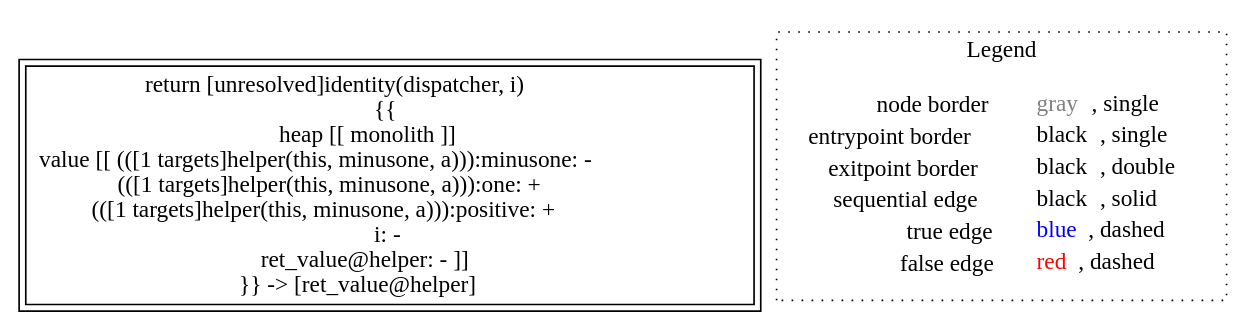
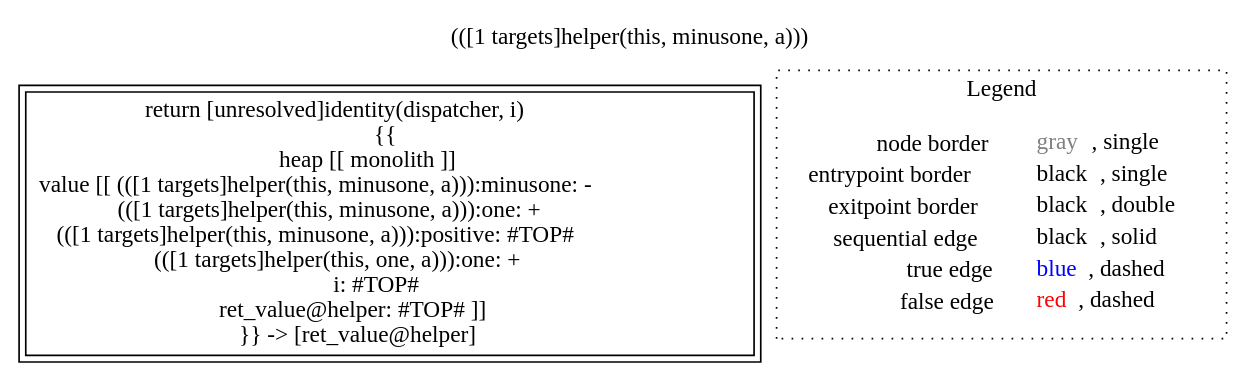
The diagram in lisa/imp-testcases/interprocedural/RTAContextSensitive3/analysis___-702925607_untyped_tests.helper(tests_this,_untyped_i,_untyped_dispatcher).dot (lisa-analyzer/lisa), drawn with Graphviz before and after one commit. The commit also changed 12 other files, not shown here.

```diff
--- a/lisa/imp-testcases/interprocedural/RTAContextSensitive3/analysis___-702925607_untyped_tests.helper(tests_this,_untyped_i,_untyped_dispatcher).dot
+++ b/lisa/imp-testcases/interprocedural/RTAContextSensitive3/analysis___-702925607_untyped_tests.helper(tests_this,_untyped_i,_untyped_dispatcher).dot
@@ -1,10 +1,12 @@
 digraph {
-	"node0" [shape="rect",color="black",peripheries="2",label=<return [unresolved]identity(dispatcher, i)<BR/>{{<BR/>heap [[ monolith ]]<BR/>value [[ (([1 targets]helper(this, minusone, a))):minusone: -<BR/>(([1 targets]helper(this, minusone, a))):one: +<BR/>(([1 targets]helper(this, minusone, a))):positive: +<BR/>i: -<BR/>ret_value@helper: - ]]<BR/>}} -&gt; [ret_value@helper]>];
+	labelloc="t";
+	label="(([1 targets]helper(this, minusone, a)))";
+	"node0" [shape="rect",color="black",peripheries="2",label=<return [unresolved]identity(dispatcher, i)<BR/>{{<BR/>heap [[ monolith ]]<BR/>value [[ (([1 targets]helper(this, minusone, a))):minusone: -<BR/>(([1 targets]helper(this, minusone, a))):one: +<BR/>(([1 targets]helper(this, minusone, a))):positive: #TOP#<BR/>(([1 targets]helper(this, one, a))):one: +<BR/>i: #TOP#<BR/>ret_value@helper: #TOP# ]]<BR/>}} -&gt; [ret_value@helper]>];
 subgraph cluster_legend {
 	label="Legend";
 	style=dotted;
 	node [shape=plaintext];
 	"legend" [label=<<table border="0" cellpadding="2" cellspacing="0" cellborder="0"><tr><td align="right">node border&nbsp;</td><td align="left"><font color="gray">gray</font>, single</td></tr><tr><td align="right">entrypoint border&nbsp;</td><td align="left"><font color="black">black</font>, single</td></tr><tr><td align="right">exitpoint border&nbsp;</td><td align="left"><font color="black">black</font>, double</td></tr><tr><td align="right">sequential edge&nbsp;</td><td align="left"><font color="black">black</font>, solid</td></tr><tr><td align="right">true edge&nbsp;</td><td align="left"><font color="blue">blue</font>, dashed</td></tr><tr><td align="right">false edge&nbsp;</td><td align="left"><font color="red">red</font>, dashed</td></tr></table>>];
 }
 
 }
```
